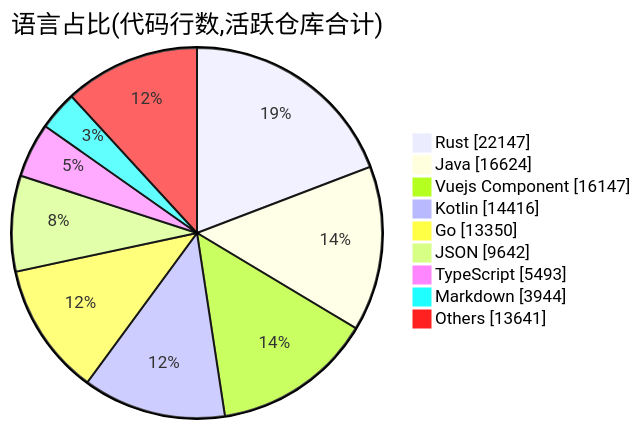
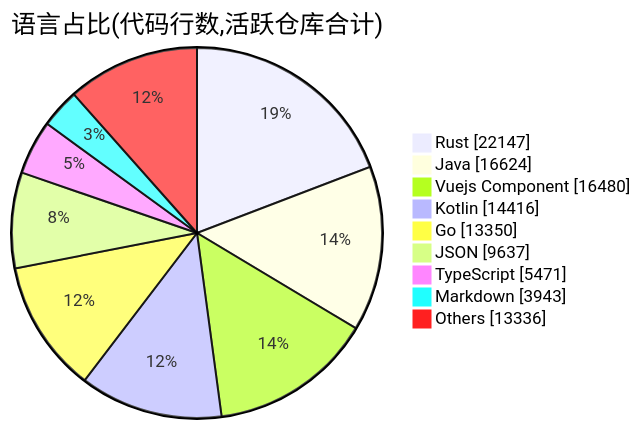
One commit to Conflux-Union/.github changed the second of 2 diagrams in profile/README.md. Above: the diagram before and after it, drawn with Mermaid. The commit also changed other lines of this file and 1 other file, not shown here.

````diff
--- a/profile/README.md
+++ b/profile/README.md
@@ -75,13 +75,13 @@
 ```mermaid
 pie showData
     title 语言占比(代码行数,活跃仓库合计)
     "Rust" : 22147
     "Java" : 16624
-    "Vuejs Component" : 16147
+    "Vuejs Component" : 16480
     "Kotlin" : 14416
     "Go" : 13350
-    "JSON" : 9642
-    "TypeScript" : 5493
-    "Markdown" : 3944
-    "Others" : 13641
+    "JSON" : 9637
+    "TypeScript" : 5471
+    "Markdown" : 3943
+    "Others" : 13336
 ```
````
